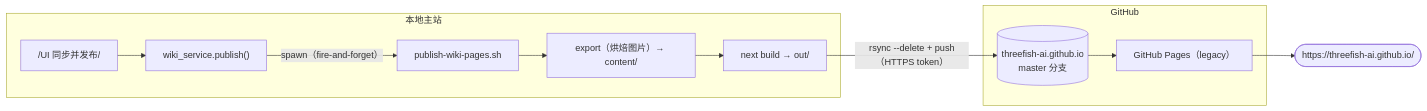
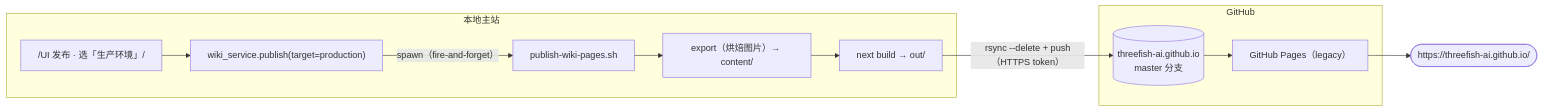
One commit to ThreeFish-AI/negentropy changed the second of 2 diagrams in docs/reference/wiki/deployment.md. Above: the diagram before and after it, drawn with Mermaid. The commit also changed other lines of this file and 2 other files, not shown here.

First line of the commit message:
docs(Wiki): 双目标发布用户/部署文档 + CHANGELOG;

````diff
--- a/docs/reference/wiki/deployment.md
+++ b/docs/reference/wiki/deployment.md
@@ -279,14 +288,14 @@
 ```mermaid
 flowchart LR
   subgraph Local["本地主站"]
-    PUB["/UI 同步并发布/"] --> SVC["wiki_service.publish()"]
+    PUB["/UI 发布 · 选「生产环境」/"] --> SVC["wiki_service.publish(target=production)"]
     SVC -->|"spawn（fire-and-forget）"| SH["publish-wiki-pages.sh"]
     SH --> EXP["export（烘焙图片）→ content/"]
     EXP --> BUILD["next build → out/"]
   end
   subgraph Remote["GitHub"]
     REPO[("threefish-ai.github.io<br/>master 分支")] --> PAGES["GitHub Pages（legacy）"]
   end
   BUILD -->|"rsync --delete + push（HTTPS token）"| REPO
   PAGES --> USER(["https://threefish-ai.github.io/"])
 ```
````
